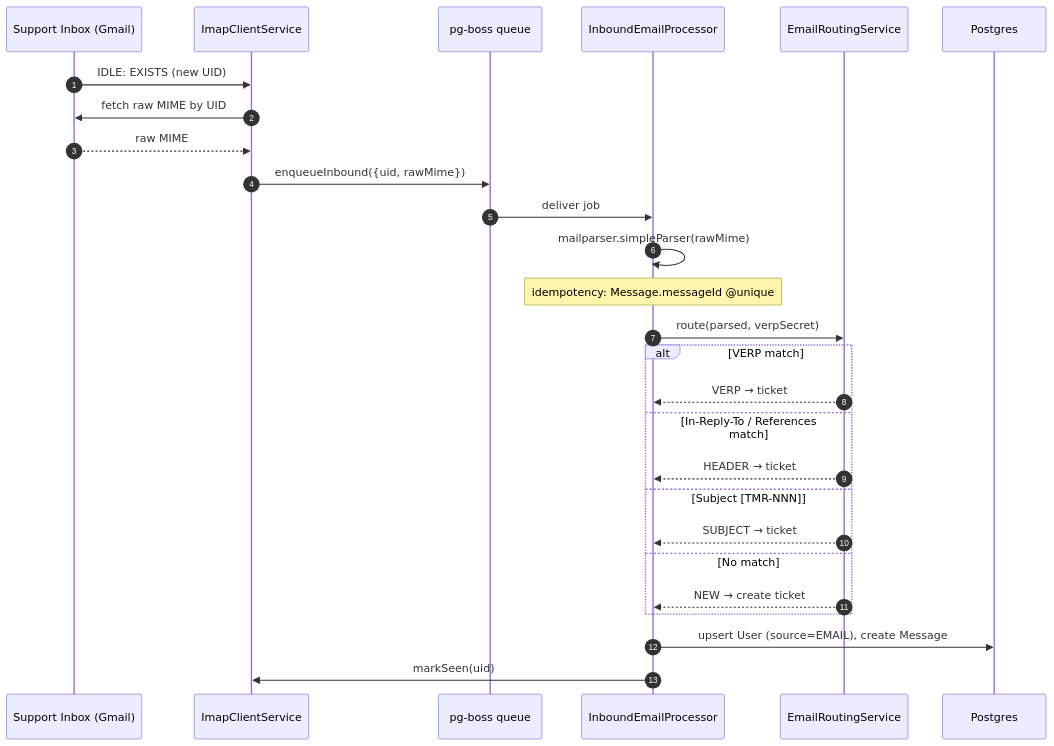
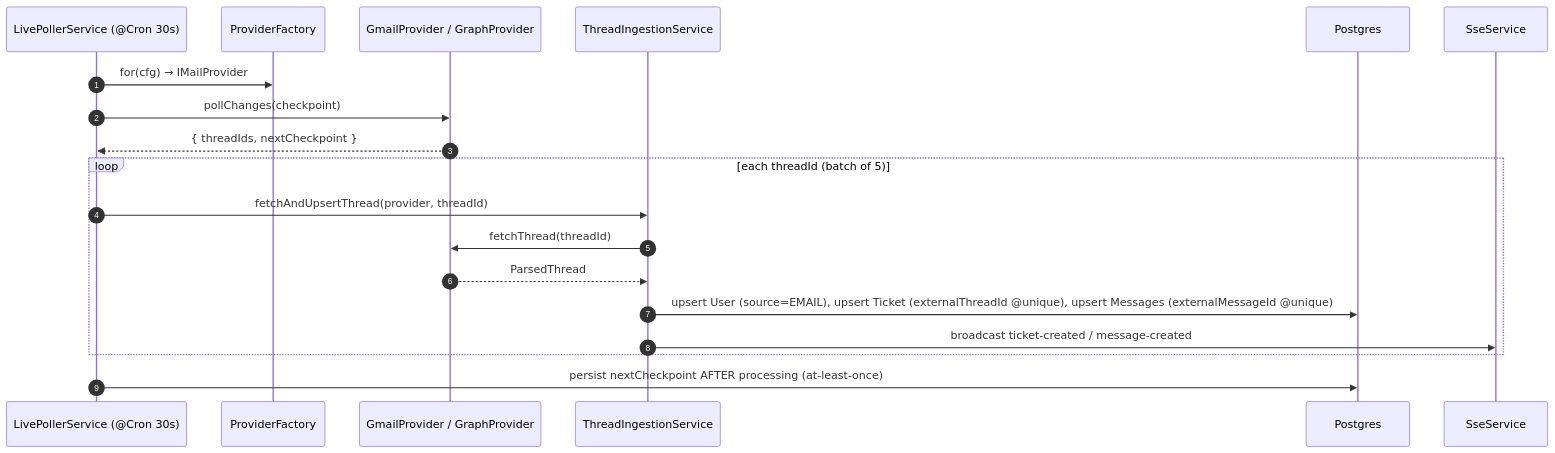
Before and after one commit to Vignesh-Siva96/tmr_athena: the first of 3 diagrams in docs/atlas/email.md, drawn with Mermaid. The commit also changed other lines of this file and 74 other files, not shown here.

Commit message:
migrated imap idle to Gmail Rest APi

````diff
--- a/docs/atlas/email.md
+++ b/docs/atlas/email.md
@@ -31,30 +32,22 @@
 ```mermaid
 sequenceDiagram
   autonumber
-  participant Gmail as Support Inbox (Gmail)
-  participant Imap as ImapClientService
-  participant PG as pg-boss queue
-  participant Worker as InboundEmailProcessor
-  participant Routing as EmailRoutingService
+  participant Cron as LivePollerService (@Cron 30s)
+  participant Factory as ProviderFactory
+  participant Provider as GmailProvider / GraphProvider
+  participant Ingestion as ThreadIngestionService
   participant DB as Postgres
+  participant SSE as SseService
 
-  Gmail->>Imap: IDLE: EXISTS (new UID)
-  Imap->>Gmail: fetch raw MIME by UID
-  Gmail-->>Imap: raw MIME
-  Imap->>PG: enqueueInbound({uid, rawMime})
-  PG->>Worker: deliver job
-  Worker->>Worker: mailparser.simpleParser(rawMime)
-  Note over Worker: idempotency: Message.messageId @unique
-  Worker->>Routing: route(parsed, verpSecret)
-  alt VERP match
-    Routing-->>Worker: VERP → ticket
-  else In-Reply-To / References match
-    Routing-->>Worker: HEADER → ticket
-  else Subject [TMR-NNN]
-    Routing-->>Worker: SUBJECT → ticket
-  else No match
-    Routing-->>Worker: NEW → create ticket
+  Cron->>Factory: for(cfg) → IMailProvider
+  Cron->>Provider: pollChanges(checkpoint)
+  Provider-->>Cron: { threadIds, nextCheckpoint }
+  loop each threadId (batch of 5)
+    Cron->>Ingestion: fetchAndUpsertThread(provider, threadId)
+    Ingestion->>Provider: fetchThread(threadId)
+    Provider-->>Ingestion: ParsedThread
+    Ingestion->>DB: upsert User (source=EMAIL), upsert Ticket (externalThreadId @unique), upsert Messages (externalMessageId @unique)
+    Ingestion->>SSE: broadcast ticket-created / message-created
   end
-  Worker->>DB: upsert User (source=EMAIL), create Message
-  Worker->>Imap: markSeen(uid)
+  Cron->>DB: persist nextCheckpoint AFTER processing (at-least-once)
 ```
````
